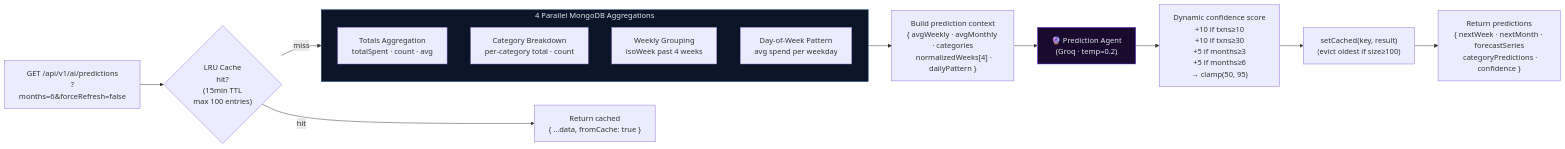
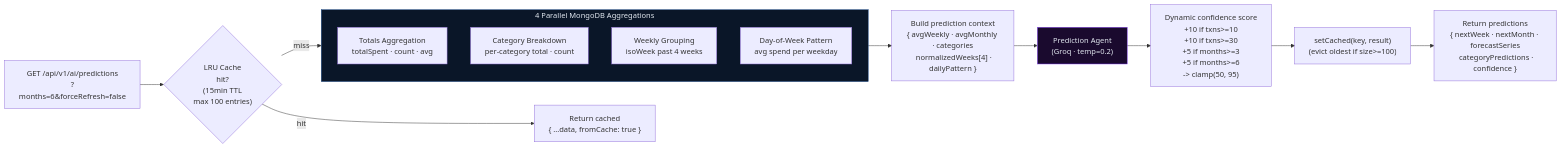
One commit to mjjaiavinash/Multi-Agent-Personal-Finance-Companion changed diagram 18 of 20 in ARCHITECTURE.md. Above: the diagram before and after it, drawn with Mermaid. The commit also changed other lines of this file and 2 other files, not shown here.

Commit message:
Remove emojis from README, PRESENTATION, and ARCHITECTURE documentation

````diff
--- a/ARCHITECTURE.md
+++ b/ARCHITECTURE.md
@@ -778,26 +778,26 @@
 ```mermaid
 flowchart LR
     REQ["GET /api/v1/ai/predictions\n?months=6&forceRefresh=false"]
 
     REQ --> LRU{"LRU Cache\nhit?\n(15min TTL\nmax 100 entries)"}
     LRU -->|"hit"| RET_CACHE["Return cached\n{ ...data, fromCache: true }"]
     LRU -->|"miss"| PARALLEL_AGG
 
     subgraph PARALLEL_AGG["4 Parallel MongoDB Aggregations"]
         AGG1["Totals Aggregation\ntotalSpent · count · avg"]
         AGG2["Category Breakdown\nper-category total · count"]
         AGG3["Weekly Grouping\nisoWeek past 4 weeks"]
         AGG4["Day-of-Week Pattern\navg spend per weekday"]
     end
 
     PARALLEL_AGG --> CONTEXT["Build prediction context\n{ avgWeekly · avgMonthly · categories\n  normalizedWeeks[4] · dailyPattern }"]
 
-    CONTEXT --> PRED_AGENT["🔮 Prediction Agent\n(Groq · temp=0.2)"]
-    PRED_AGENT --> CONFIDENCE["Dynamic confidence score\n+10 if txns≥10\n+10 if txns≥30\n+5 if months≥3\n+5 if months≥6\n→ clamp(50, 95)"]
+    CONTEXT --> PRED_AGENT["Prediction Agent\n(Groq · temp=0.2)"]
+    PRED_AGENT --> CONFIDENCE["Dynamic confidence score\n+10 if txns>=10\n+10 if txns>=30\n+5 if months>=3\n+5 if months>=6\n-> clamp(50, 95)"]
 
-    CONFIDENCE --> SET_CACHE["setCached(key, result)\n(evict oldest if size≥100)"]
+    CONFIDENCE --> SET_CACHE["setCached(key, result)\n(evict oldest if size>=100)"]
     SET_CACHE --> RETURN["Return predictions\n{ nextWeek · nextMonth · forecastSeries\n  categoryPredictions · confidence }"]
 
     style PARALLEL_AGG fill:#0a1628,stroke:#1e4d8c,color:#e2e8f0
     style PRED_AGENT fill:#1a0a2e,stroke:#7c3aed,color:#e2e8f0
 ```
````
